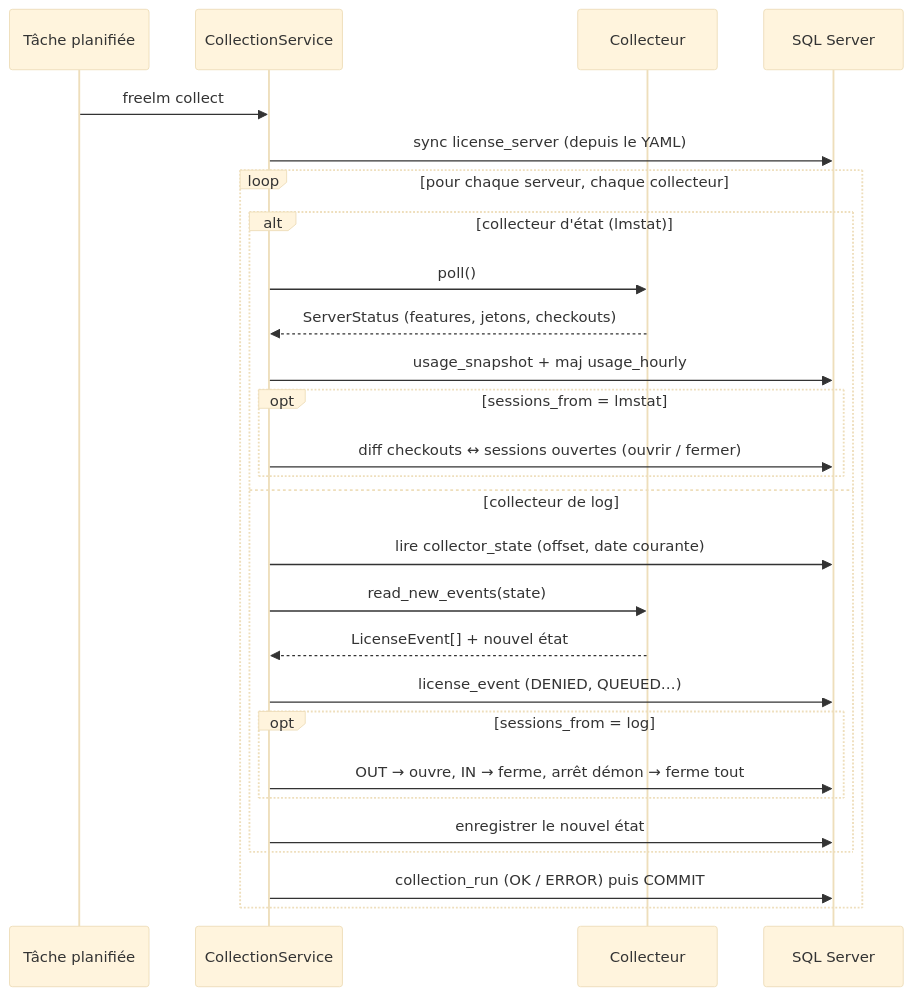
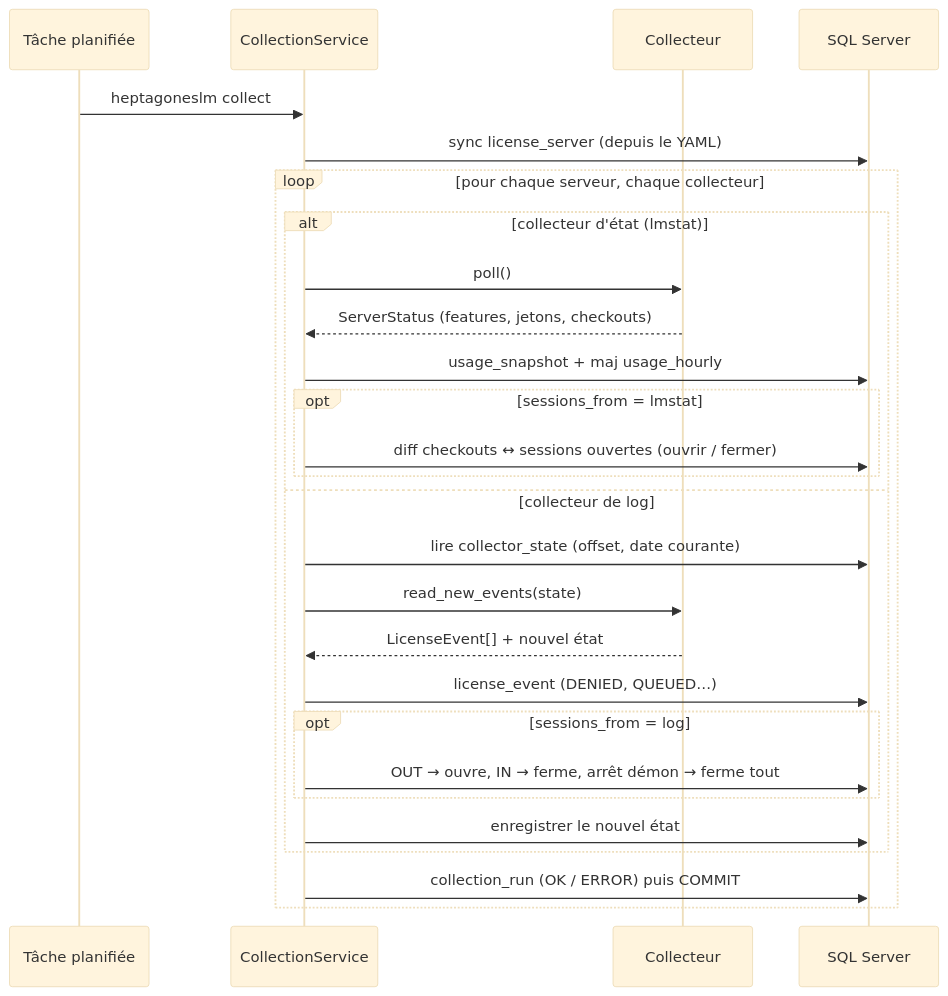
The second of 3 diagrams in docs/ARCHITECTURE.md (Valou94460/HEPTAGONES-LM), drawn with Mermaid (base theme) before and after one commit. The commit also changed other lines of this file and 159 other files, not shown here.

````diff
--- a/docs/ARCHITECTURE.md
+++ b/docs/ARCHITECTURE.md
@@ -82,30 +82,30 @@
 ```mermaid
 sequenceDiagram
     participant T as Tâche planifiée
     participant S as CollectionService
     participant C as Collecteur
     participant DB as SQL Server
 
-    T->>S: freelm collect
+    T->>S: heptagoneslm collect
     S->>DB: sync license_server (depuis le YAML)
     loop pour chaque serveur, chaque collecteur
         alt collecteur d'état (lmstat)
             S->>C: poll()
             C-->>S: ServerStatus (features, jetons, checkouts)
             S->>DB: usage_snapshot + maj usage_hourly
             opt sessions_from = lmstat
                 S->>DB: diff checkouts ↔ sessions ouvertes (ouvrir / fermer)
             end
         else collecteur de log
             S->>DB: lire collector_state (offset, date courante)
             S->>C: read_new_events(state)
             C-->>S: LicenseEvent[] + nouvel état
             S->>DB: license_event (DENIED, QUEUED…)
             opt sessions_from = log
                 S->>DB: OUT → ouvre, IN → ferme, arrêt démon → ferme tout
             end
             S->>DB: enregistrer le nouvel état
         end
         S->>DB: collection_run (OK / ERROR) puis COMMIT
     end
 ```
````
